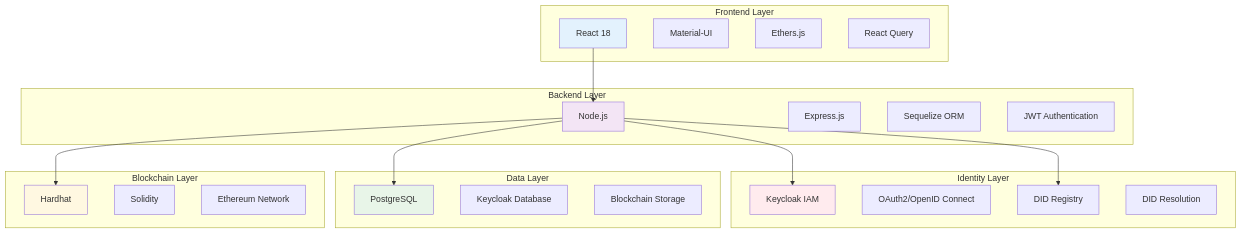
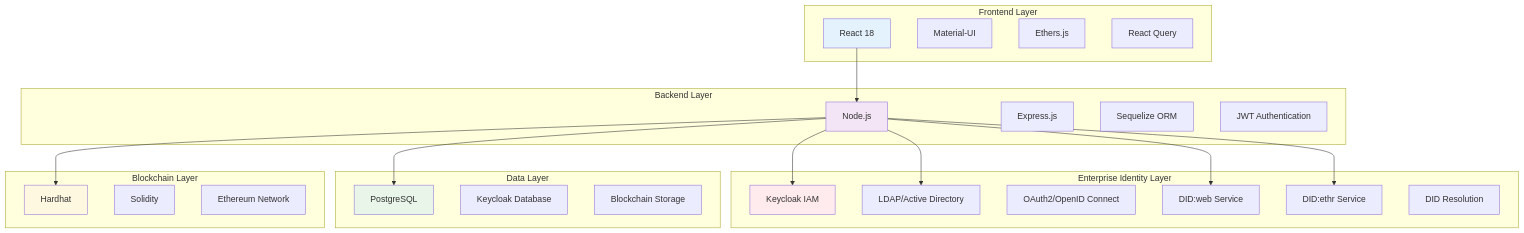
Diagram 17 of 25 in ARCHITECTURE_GUIDE.md (gitmujoshi/Confidential-AI-Network), drawn with Mermaid before and after one commit. The commit also changed other lines of this file and 18 other files, not shown here.

Commit message:
docs: update all architecture and IAM docs for enterprise did:web strategy, add enterprise implementation guide

````diff
--- a/ARCHITECTURE_GUIDE.md
+++ b/ARCHITECTURE_GUIDE.md
@@ -473,47 +711,51 @@
 ```mermaid
 graph TB
     subgraph "Frontend Layer"
         F1[React 18]
         F2[Material-UI]
         F3[Ethers.js]
         F4[React Query]
     end
     
     subgraph "Backend Layer"
         B1[Node.js]
         B2[Express.js]
         B3[Sequelize ORM]
         B4[JWT Authentication]
     end
     
-    subgraph "Identity Layer"
+    subgraph "Enterprise Identity Layer"
         I1[Keycloak IAM]
-        I2[OAuth2/OpenID Connect]
-        I3[DID Registry]
-        I4[DID Resolution]
+        I2[LDAP/Active Directory]
+        I3[OAuth2/OpenID Connect]
+        I4[DID:web Service]
+        I5[DID:ethr Service]
+        I6[DID Resolution]
     end
     
     subgraph "Data Layer"
         D1[PostgreSQL]
         D2[Keycloak Database]
         D3[Blockchain Storage]
     end
     
     subgraph "Blockchain Layer"
         BC1[Hardhat]
         BC2[Solidity]
         BC3[Ethereum Network]
     end
     
     F1 --> B1
     B1 --> I1
-    B1 --> I3
+    B1 --> I2
+    B1 --> I4
+    B1 --> I5
     B1 --> D1
     B1 --> BC1
     
     style F1 fill:#e3f2fd
     style B1 fill:#f3e5f5
     style I1 fill:#ffebee
     style D1 fill:#e8f5e8
     style BC1 fill:#fff8e1
 ```
````
